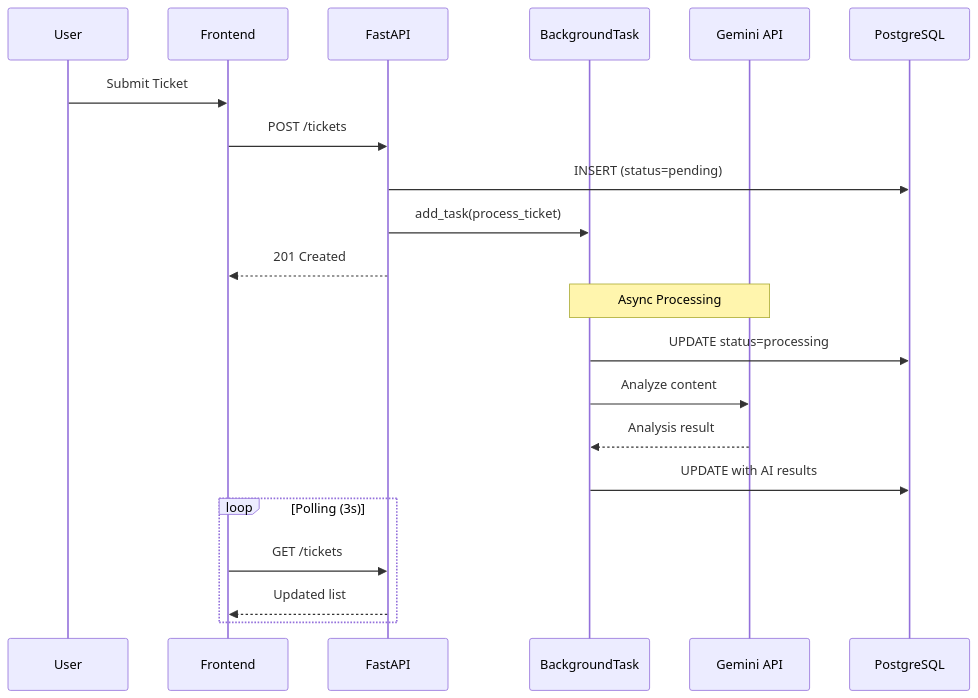
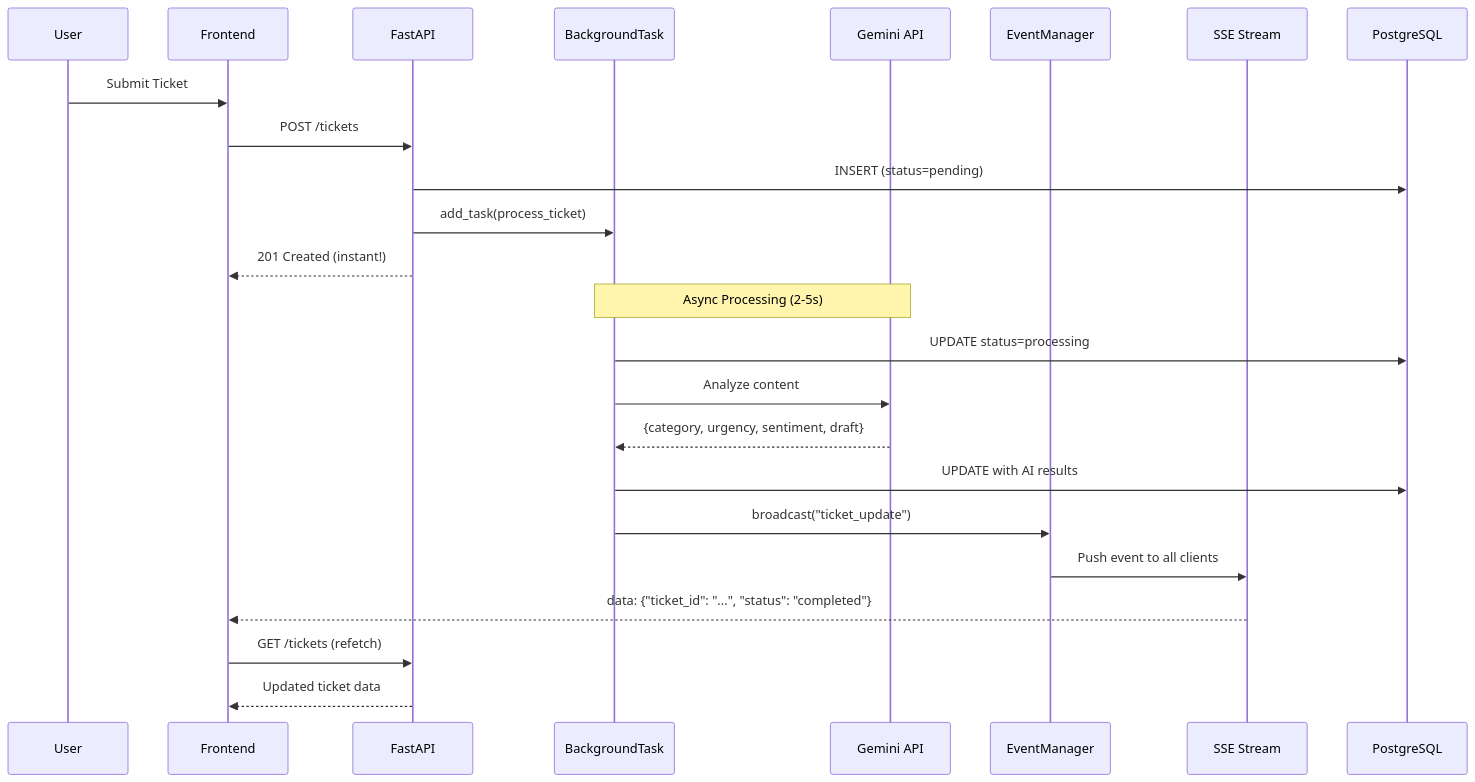
One commit to xuandat282/TriageRecoveryHub changed the second of 3 diagrams in README.md. Above: the diagram before and after it, drawn with Mermaid. The commit also changed other lines of this file and 5 other files, not shown here.

Commit message:
Add SSE real-time ticket events

````diff
--- a/README.md
+++ b/README.md
@@ -90,26 +117,28 @@
 ```mermaid
 sequenceDiagram
     participant U as User
     participant FE as Frontend
     participant API as FastAPI
     participant BG as BackgroundTask
     participant AI as Gemini API
+    participant EM as EventManager
+    participant SSE as SSE Stream
     participant DB as PostgreSQL
     
     U->>FE: Submit Ticket
     FE->>API: POST /tickets
     API->>DB: INSERT (status=pending)
     API->>BG: add_task(process_ticket)
-    API-->>FE: 201 Created
+    API-->>FE: 201 Created (instant!)
     
-    Note over BG,AI: Async Processing
+    Note over BG,AI: Async Processing (2-5s)
     BG->>DB: UPDATE status=processing
     BG->>AI: Analyze content
-    AI-->>BG: Analysis result
+    AI-->>BG: {category, urgency, sentiment, draft}
     BG->>DB: UPDATE with AI results
-    
-    loop Polling (3s)
-        FE->>API: GET /tickets
-        API-->>FE: Updated list
-    end
+    BG->>EM: broadcast("ticket_update")
+    EM->>SSE: Push event to all clients
+    SSE-->>FE: data: {"ticket_id": "...", "status": "completed"}
+    FE->>API: GET /tickets (refetch)
+    API-->>FE: Updated ticket data
 ```
````
